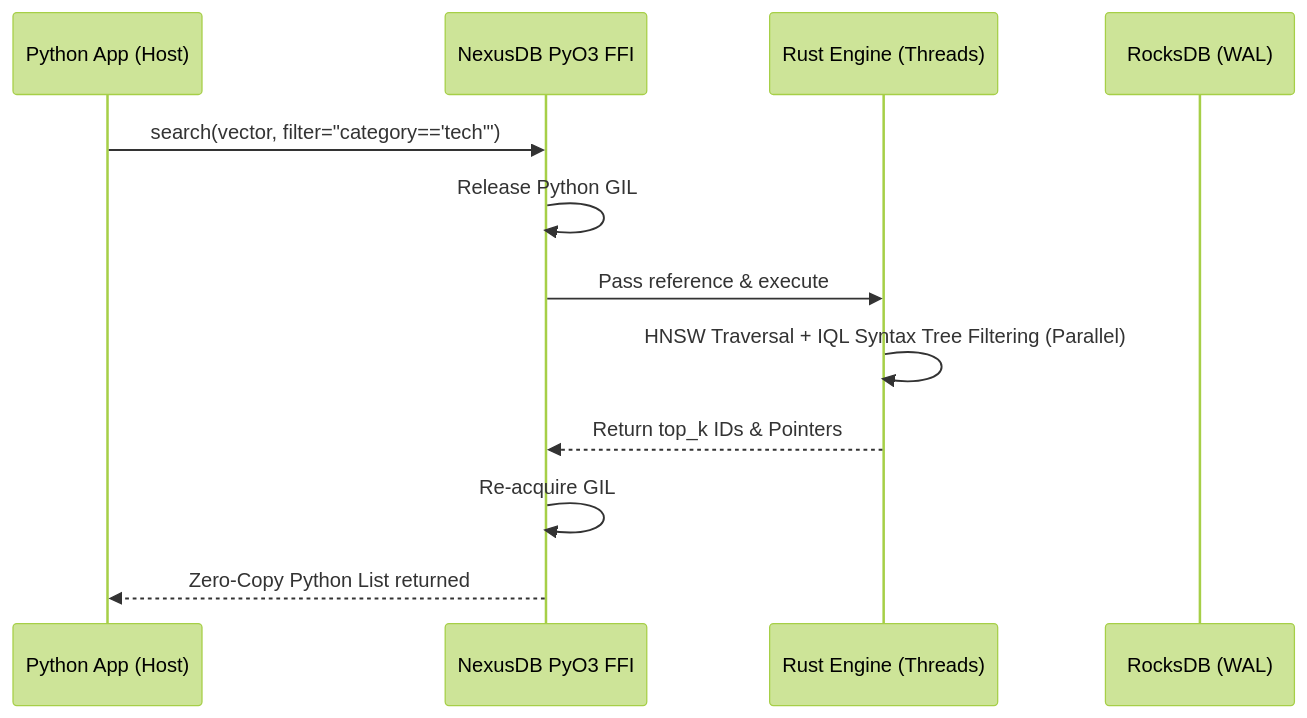
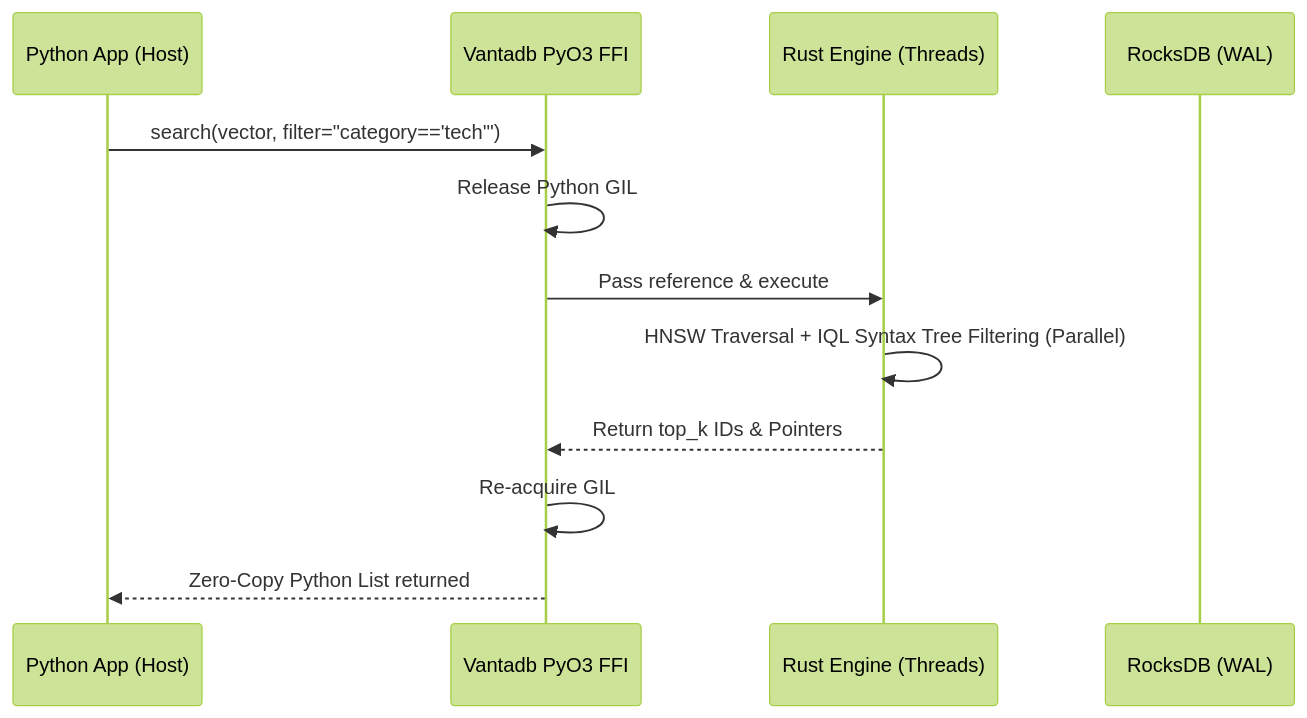
The diagram in docs/architecture/ARCHITECTURE.md (ness-e/Vantadb), drawn with Mermaid (forest theme) before and after one commit. The commit also changed other lines of this file and 132 other files, not shown here.

````diff
--- a/docs/architecture/ARCHITECTURE.md
+++ b/docs/architecture/ARCHITECTURE.md
@@ -32,15 +33,15 @@
 ```mermaid
 sequenceDiagram
     participant App as Python App (Host)
-    participant SDK as NexusDB PyO3 FFI
+    participant SDK as Vantadb PyO3 FFI
     participant Core as Rust Engine (Threads)
     participant SSD as RocksDB (WAL)
 
     App->>SDK: search(vector, filter="category=='tech'")
     SDK->>SDK: Release Python GIL
     SDK->>Core: Pass reference & execute
     Core->>Core: HNSW Traversal + IQL Syntax Tree Filtering (Parallel)
     Core-->>SDK: Return top_k IDs & Pointers
     SDK->>SDK: Re-acquire GIL
     SDK-->>App: Zero-Copy Python List returned
 ```
````
